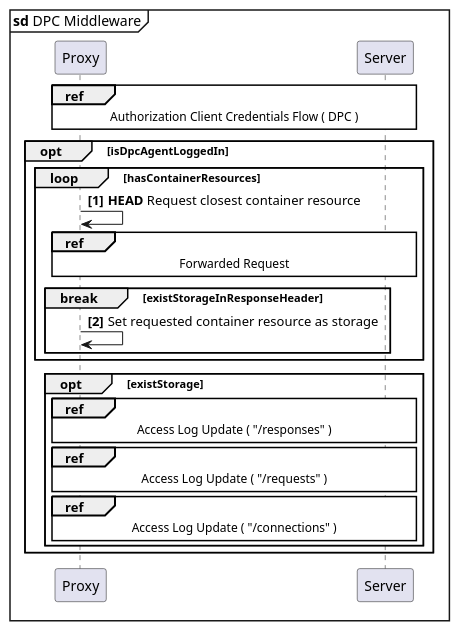
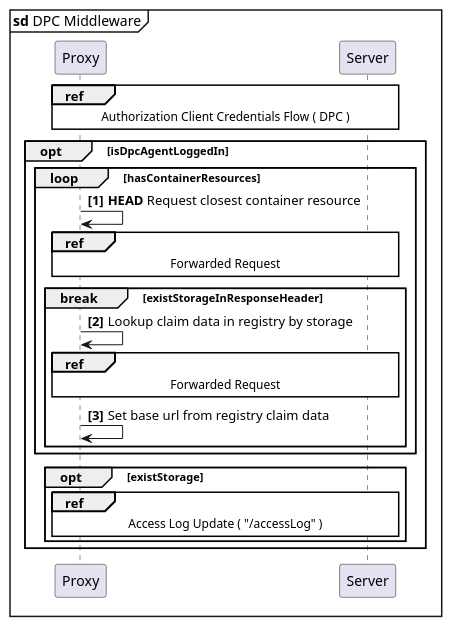
One commit to guddii/SEACT changed the diagram in docs/resources/diagrams/sd_DPC_middleware.puml. Above: the diagram before and after it, drawn with PlantUML. The commit also changed 58 other files, not shown here.

```diff
--- a/docs/resources/diagrams/sd_DPC_middleware.puml
+++ b/docs/resources/diagrams/sd_DPC_middleware.puml
@@ -1,28 +1,29 @@
 @startuml
 'https://plantuml.com/sequence-diagram
 
 skinparam sequenceReferenceBackgroundColor white
 
 mainframe **sd** DPC Middleware
 autonumber 1 1 "<b>[0]"
 
 participant "Proxy" as Proxy
 participant "Server" as Server
 
 ref over Proxy, Server  : Authorization Client Credentials Flow ( DPC )
 opt isDpcAgentLoggedIn
 loop hasContainerResources
     Proxy   ->  Proxy   : <b>HEAD</b> Request closest container resource
 ref over Proxy, Server  : Forwarded Request
     break existStorageInResponseHeader
-    Proxy   -> Proxy        : Set requested container resource as storage
+    Proxy   -> Proxy        : Lookup claim data in registry by storage
+    ref over Proxy, Server  : Forwarded Request
+    Proxy   -> Proxy        : Set base url from registry claim data
     end
+
 end
 opt existStorage
 ||5||
-ref over Proxy, Server : Access Log Update ( "/responses" )
-ref over Proxy, Server : Access Log Update ( "/requests" )
-ref over Proxy, Server : Access Log Update ( "/connections" )
+ref over Proxy, Server : Access Log Update ( "/accessLog" )
 end
 end
 @enduml
```
